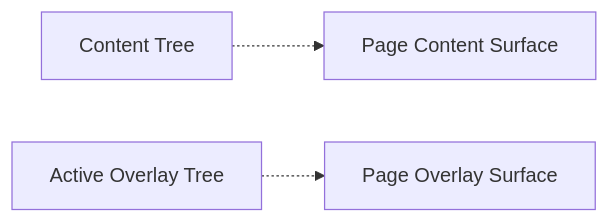
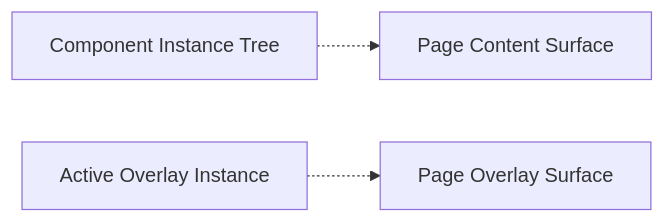
Before and after one commit to northwest-hcu/FlagShip: the third of 8 diagrams in docs/architecture/02-core-principles.md, drawn with Mermaid. The commit also changed other lines of this file and 52 other files, not shown here.

````diff
--- a/docs/architecture/02-core-principles.md
+++ b/docs/architecture/02-core-principles.md
@@ -197,5 +200,5 @@
 ```mermaid
 flowchart LR
-    Content["Content Tree"] -.-> PageContent["Page Content Surface"]
-    Overlay["Active Overlay Tree"] -.-> PageOverlay["Page Overlay Surface"]
+    Content["Component Instance Tree"] -.-> PageContent["Page Content Surface"]
+    Overlay["Active Overlay Instance"] -.-> PageOverlay["Page Overlay Surface"]
 ```
````
